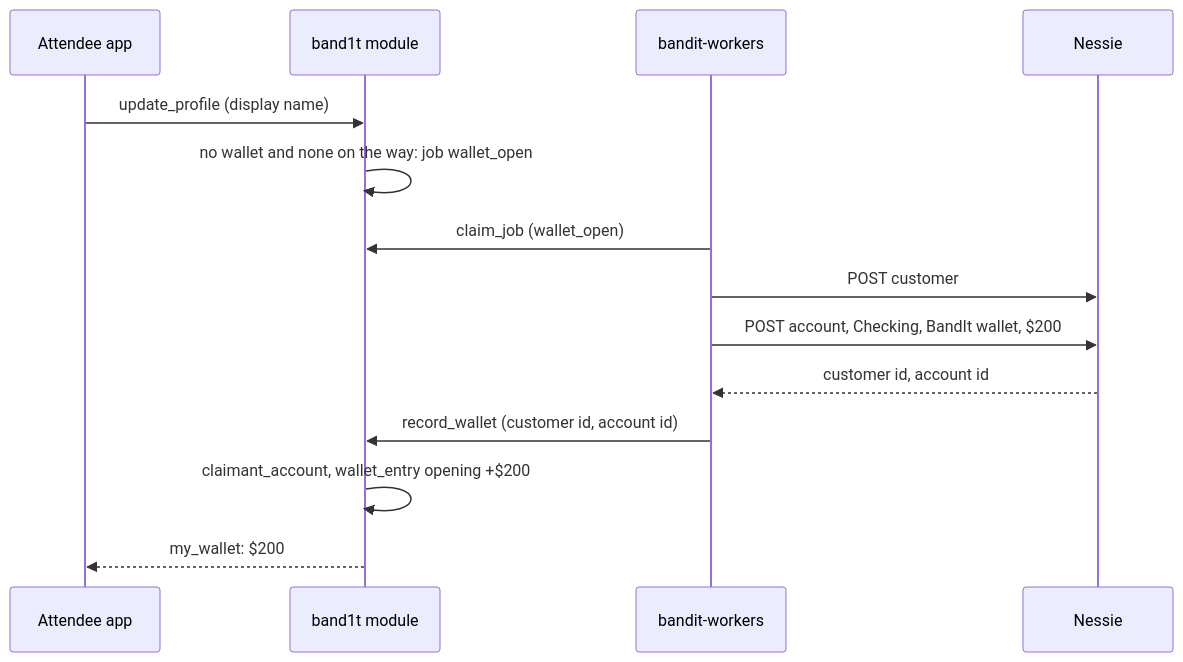
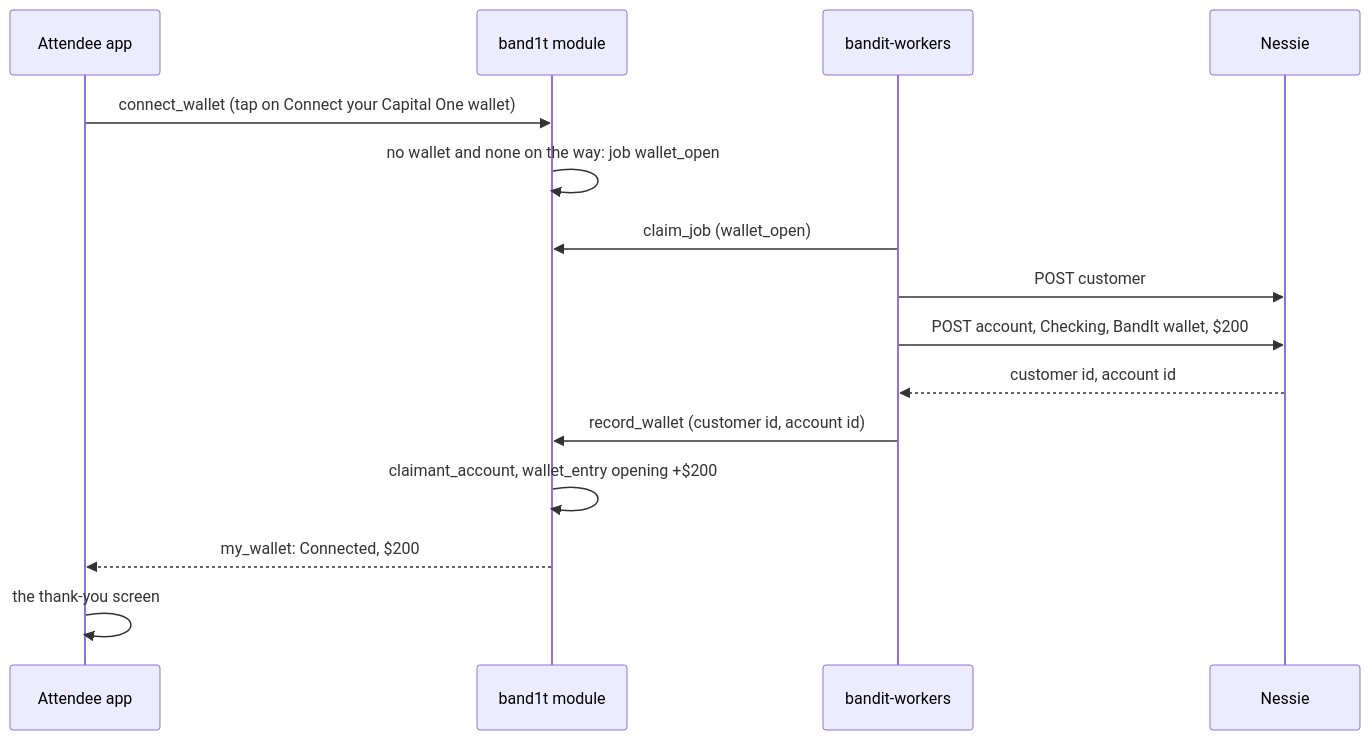
Before and after one commit to viktorinkov/cal-hacks-13: the second of 3 diagrams in System Design/7-integrations/Payments-Nessie.md, drawn with Mermaid. The commit also changed other lines of this file and 19 other files, not shown here.

Commit message:
Attendee page is band setup, wallet step, then thank-you

````diff
--- a/System Design/7-integrations/Payments-Nessie.md
+++ b/System Design/7-integrations/Payments-Nessie.md
@@ -93,16 +96,17 @@
 ```mermaid
 sequenceDiagram
   participant A as Attendee app
   participant M as band1t module
   participant W as bandit-workers
   participant N as Nessie
-  A->>M: update_profile (display name)
+  A->>M: connect_wallet (tap on Connect your Capital One wallet)
   M->>M: no wallet and none on the way: job wallet_open
   W->>M: claim_job (wallet_open)
   W->>N: POST customer
   W->>N: POST account, Checking, BandIt wallet, $200
   N-->>W: customer id, account id
   W->>M: record_wallet (customer id, account id)
   M->>M: claimant_account, wallet_entry opening +$200
-  M-->>A: my_wallet: $200
+  M-->>A: my_wallet: Connected, $200
+  A->>A: the thank-you screen
 ```
````
